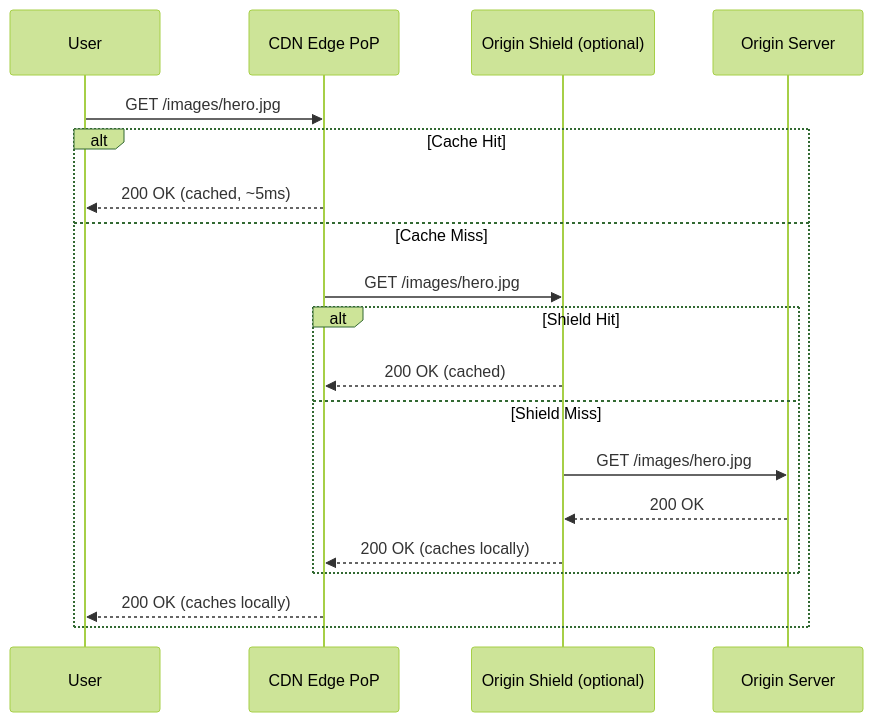
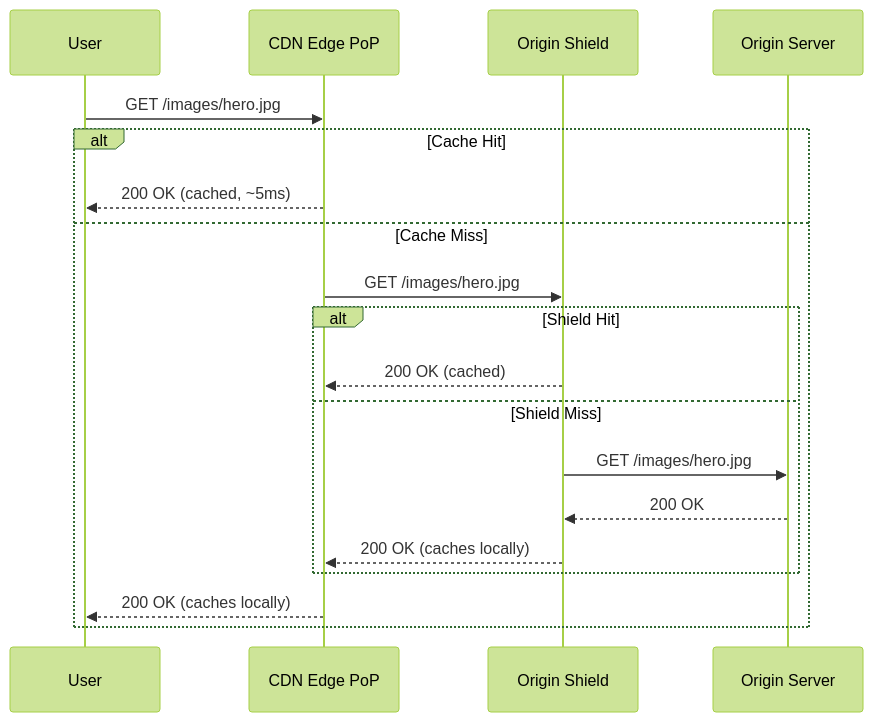
The first of 2 diagrams in data/notes/01-Phase-1-Foundations/Module-06-Caching-Storage-CDN/01-Phase-1-Foundations__Module-06-Caching-Storage-CDN__CDN_Architecture.md (ishitvagoel/SystemDesignNotes), drawn with Mermaid (forest theme) before and after one commit. The commit also changed 2 other files, not shown here.

Commit message:
fix: remove parentheses from Mermaid participant display names
Parentheses in sequenceDiagram participant aliases (the text after `as`)
cause parse errors in Mermaid v10. Fixed in 3 diagrams:

- Idempotency.md: "Redis (Idemp Store)" → "Redis Idempotency Store"
- CDN_Architecture.md: "Origin Shield (optional)" → "Origin Shield"
- Session_Guarantees.md: removed parens from LB, R1, R2 aliases

https://claude.ai/code/session_01SrCvHP6iAwRGM31Vh8VtW8

````diff
--- a/data/notes/01-Phase-1-Foundations/Module-06-Caching-Storage-CDN/01-Phase-1-Foundations__Module-06-Caching-Storage-CDN__CDN_Architecture.md
+++ b/data/notes/01-Phase-1-Foundations/Module-06-Caching-Storage-CDN/01-Phase-1-Foundations__Module-06-Caching-Storage-CDN__CDN_Architecture.md
@@ -20,23 +20,23 @@
 ```mermaid
 sequenceDiagram
     participant User
     participant Edge as CDN Edge PoP
-    participant Shield as Origin Shield (optional)
+    participant Shield as Origin Shield
     participant Origin as Origin Server
 
     User->>Edge: GET /images/hero.jpg
     
     alt Cache Hit
         Edge-->>User: 200 OK (cached, ~5ms)
     else Cache Miss
         Edge->>Shield: GET /images/hero.jpg
         alt Shield Hit
             Shield-->>Edge: 200 OK (cached)
         else Shield Miss
             Shield->>Origin: GET /images/hero.jpg
             Origin-->>Shield: 200 OK
             Shield-->>Edge: 200 OK (caches locally)
         end
         Edge-->>User: 200 OK (caches locally)
     end
 ```
````
